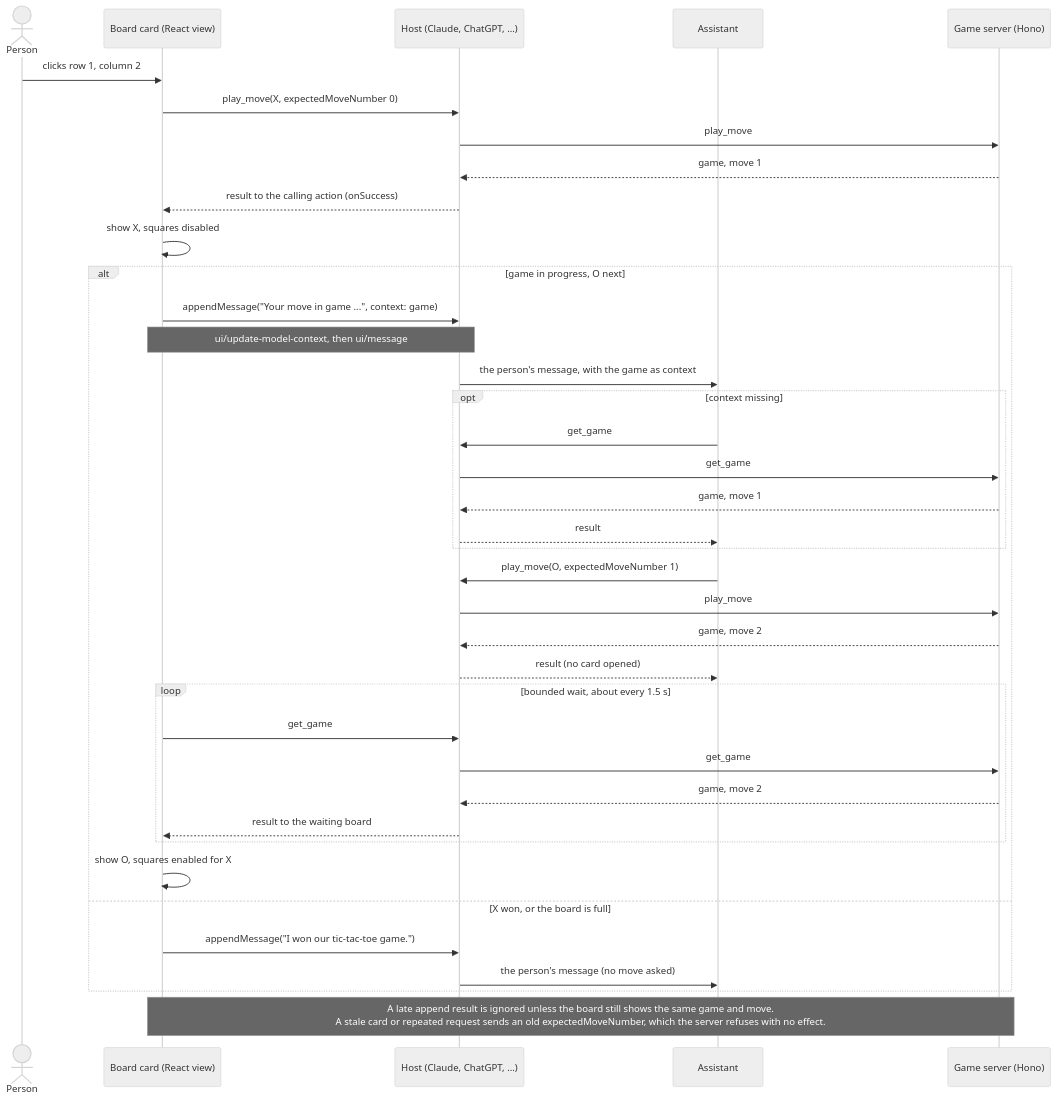
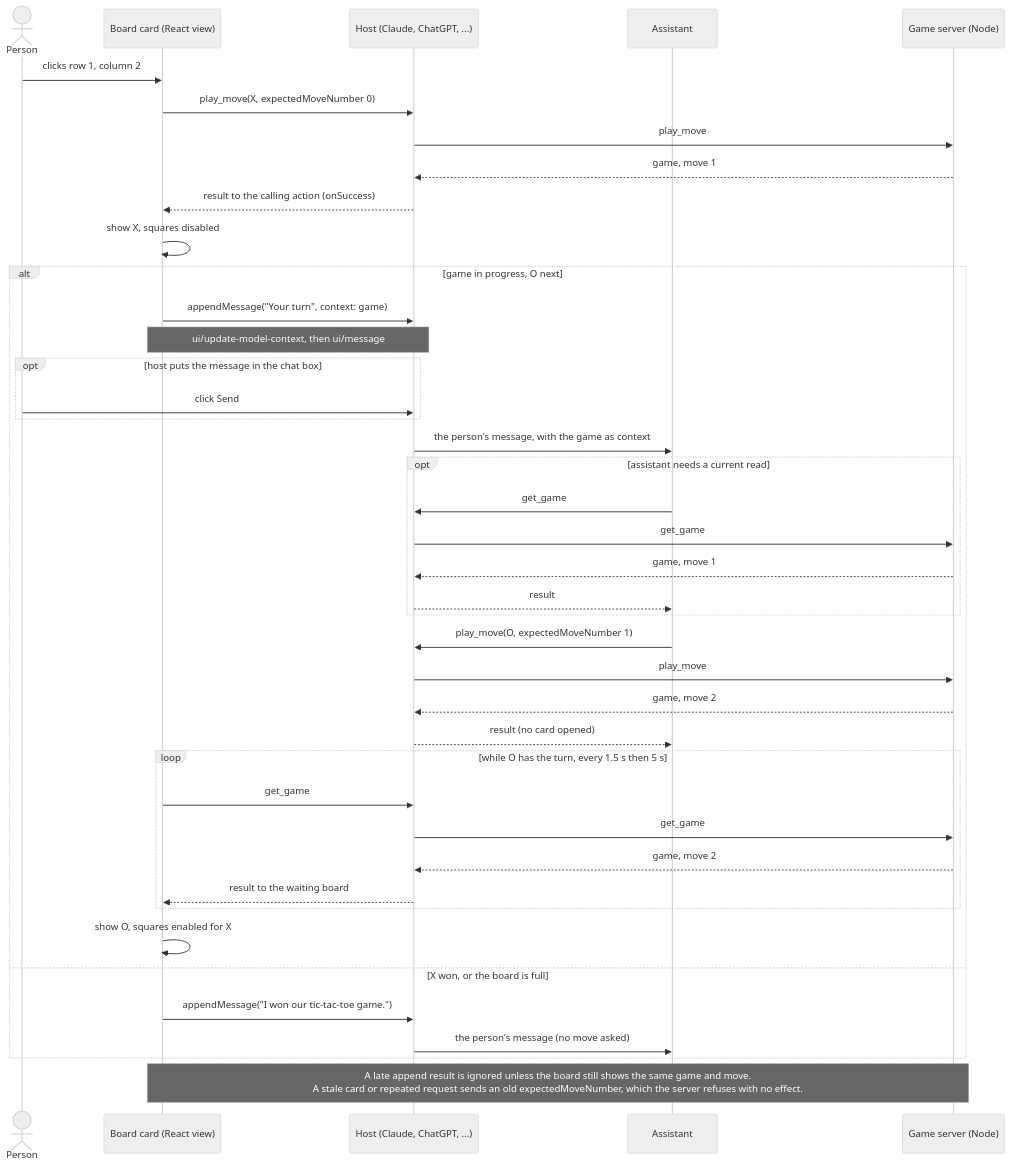
Before and after one commit to MachineWisdomAI/saga-a2ui: the diagram in diagrams/tic-tac-toe-turn-loop.mmd, drawn with Mermaid (neutral theme). The commit also changed 13 other files, not shown here.

Commit message:
fix: keep game messages short and explain Send

```diff
--- a/diagrams/tic-tac-toe-turn-loop.mmd
+++ b/diagrams/tic-tac-toe-turn-loop.mmd
@@ -1,38 +1,41 @@
 sequenceDiagram
   actor P as Person
   participant B as Board card (React view)
   participant H as Host (Claude, ChatGPT, ...)
   participant A as Assistant
-  participant S as Game server (Hono)
+  participant S as Game server (Node)
   P->>B: clicks row 1, column 2
   B->>H: play_move(X, expectedMoveNumber 0)
   H->>S: play_move
   S-->>H: game, move 1
   H-->>B: result to the calling action (onSuccess)
   B->>B: show X, squares disabled
   alt game in progress, O next
-    B->>H: appendMessage("Your move in game ...", context: game)
+    B->>H: appendMessage("Your turn", context: game)
     Note over B,H: ui/update-model-context, then ui/message
+    opt host puts the message in the chat box
+      P->>H: click Send
+    end
     H->>A: the person's message, with the game as context
-    opt context missing
+    opt assistant needs a current read
       A->>H: get_game
       H->>S: get_game
       S-->>H: game, move 1
       H-->>A: result
     end
     A->>H: play_move(O, expectedMoveNumber 1)
     H->>S: play_move
     S-->>H: game, move 2
     H-->>A: result (no card opened)
-    loop bounded wait, about every 1.5 s
+    loop while O has the turn, every 1.5 s then 5 s
       B->>H: get_game
       H->>S: get_game
       S-->>H: game, move 2
       H-->>B: result to the waiting board
     end
     B->>B: show O, squares enabled for X
   else X won, or the board is full
     B->>H: appendMessage("I won our tic-tac-toe game.")
     H->>A: the person's message (no move asked)
   end
   Note over B,S: A late append result is ignored unless the board still shows the same game and move.<br/>A stale card or repeated request sends an old expectedMoveNumber, which the server refuses with no effect.
```
